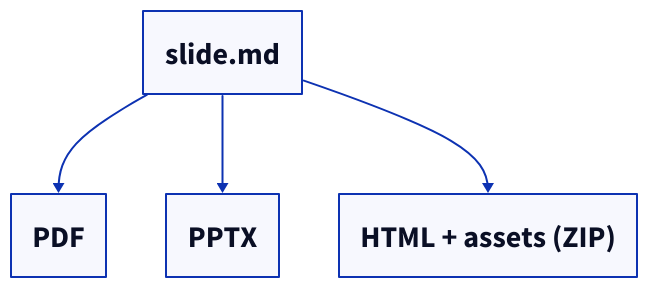
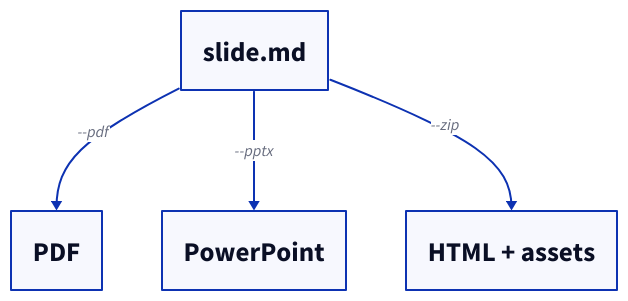
The second of 2 diagrams in decks/example/slide.md (takumi-nishimura/MarpAgent), drawn with D2 before and after one commit. The commit also changed other lines of this file and 7 other files, not shown here.

````diff
--- a/decks/example/slide.md
+++ b/decks/example/slide.md
@@ -219,11 +205,11 @@
 ```d2
 direction: down
-*.style.font-size: 30
+*.style.font-size: 27
 source: slide.md
 pdf: PDF
-pptx: PPTX
-bundle: HTML + assets (ZIP)
-source -> pdf
-source -> pptx
-source -> bundle
+pptx: PowerPoint
+zip: HTML + assets
+source -> pdf: --pdf
+source -> pptx: --pptx
+source -> zip: --zip
 ```
````
